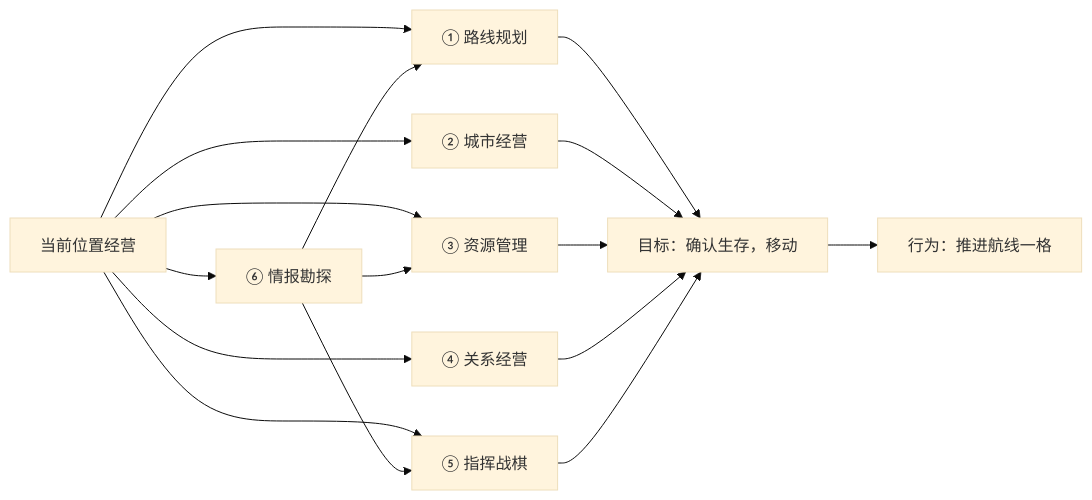
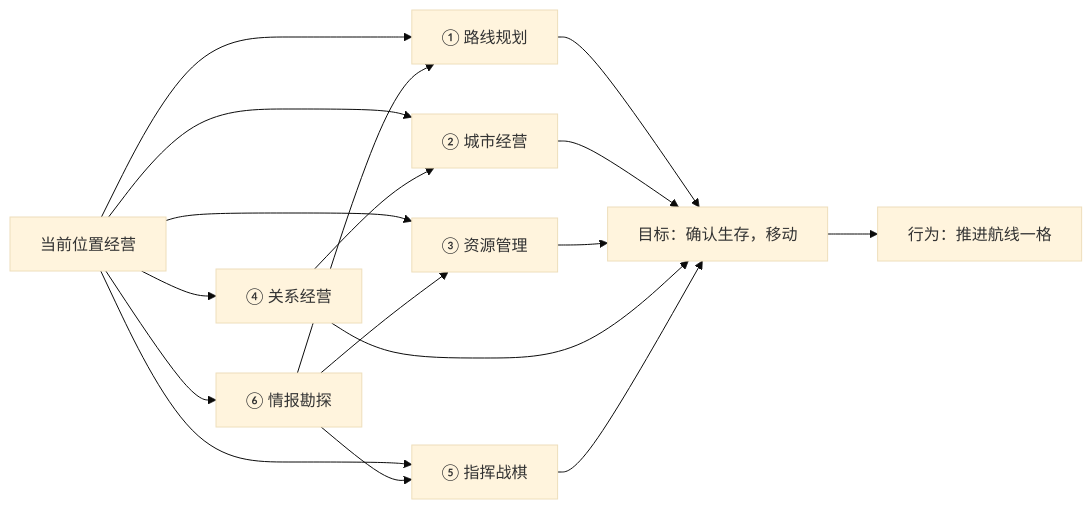
One commit to Estrella6066773/DriveToLight changed the second of 8 diagrams in Docs/01-草稿/交互链-循光之城.md. Above: the diagram before and after it, drawn with Mermaid (base theme). The commit also changed other lines of this file and 5 other files, not shown here.

````diff
--- a/Docs/01-草稿/交互链-循光之城.md
+++ b/Docs/01-草稿/交互链-循光之城.md
@@ -372,18 +385,19 @@
 ```mermaid
 flowchart LR
   WIN[当前位置经营] --> B1[① 路线规划]
   WIN --> B2[② 城市经营]
   WIN --> B3[③ 资源管理]
   WIN --> B4[④ 关系经营]
   WIN --> B5[⑤ 指挥战棋]
   WIN --> B6[⑥ 情报勘探]
   B6 --> B1
   B6 --> B3
   B6 --> B5
+  B4 --> B2
   B1 --> GATE[目标：确认生存，移动]
   B2 --> GATE
   B3 --> GATE
   B4 --> GATE
   B5 --> GATE
   GATE --> MOVE[行为：推进航线一格]
 ```
````
